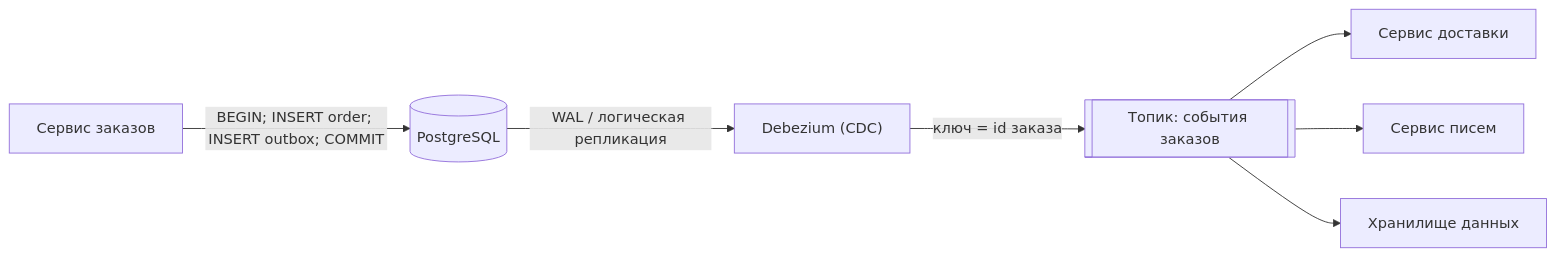
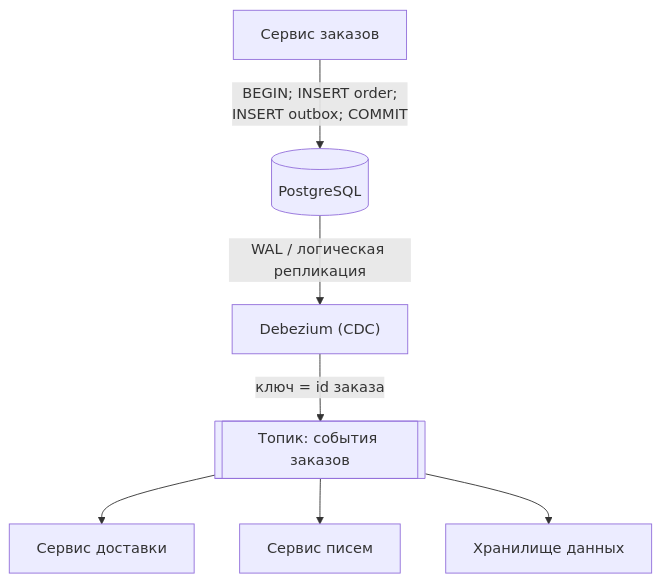
One commit to butyavk/system-design changed the second of 2 diagrams in src/content/docs/ru/async/event-streaming.mdx. Above: the diagram before and after it, drawn with Mermaid. The commit also changed other lines of this file and 144 other files, not shown here.

````diff
--- a/src/content/docs/ru/async/event-streaming.mdx
+++ b/src/content/docs/ru/async/event-streaming.mdx
@@ -108,9 +108,9 @@
 ```mermaid
-flowchart LR
-  api["Сервис заказов"] -->|"BEGIN; INSERT order; INSERT outbox; COMMIT"| db[("PostgreSQL")]
+flowchart TB
+  api["Сервис заказов"] -->|"BEGIN; INSERT order;<br/>INSERT outbox; COMMIT"| db[("PostgreSQL")]
   db -->|"WAL / логическая репликация"| cdc["Debezium (CDC)"]
   cdc -->|"ключ = id заказа"| topic[["Топик: события заказов"]]
   topic --> ship["Сервис доставки"]
   topic --> mail["Сервис писем"]
   topic --> dwh["Хранилище данных"]
 ```
````
